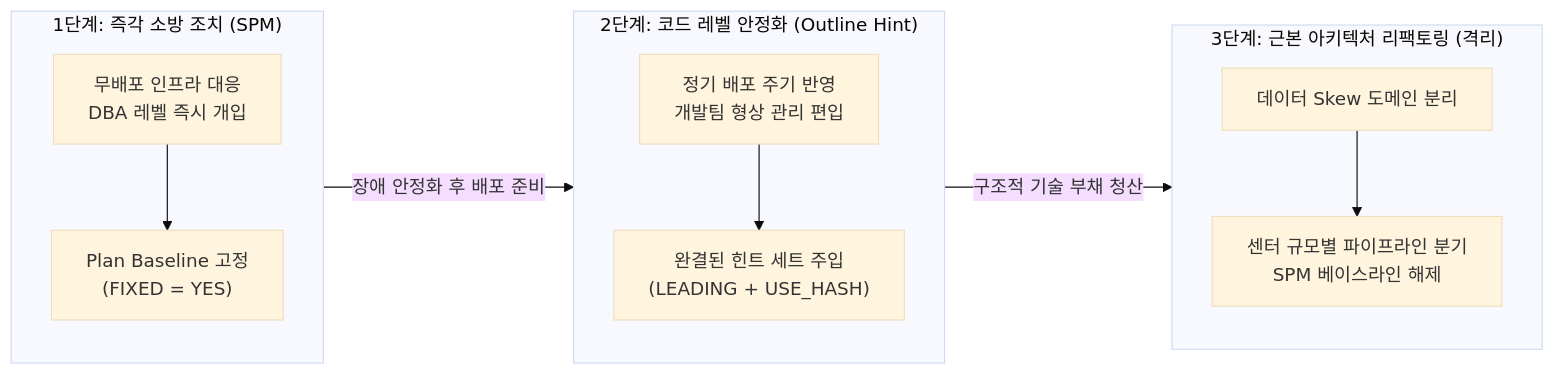
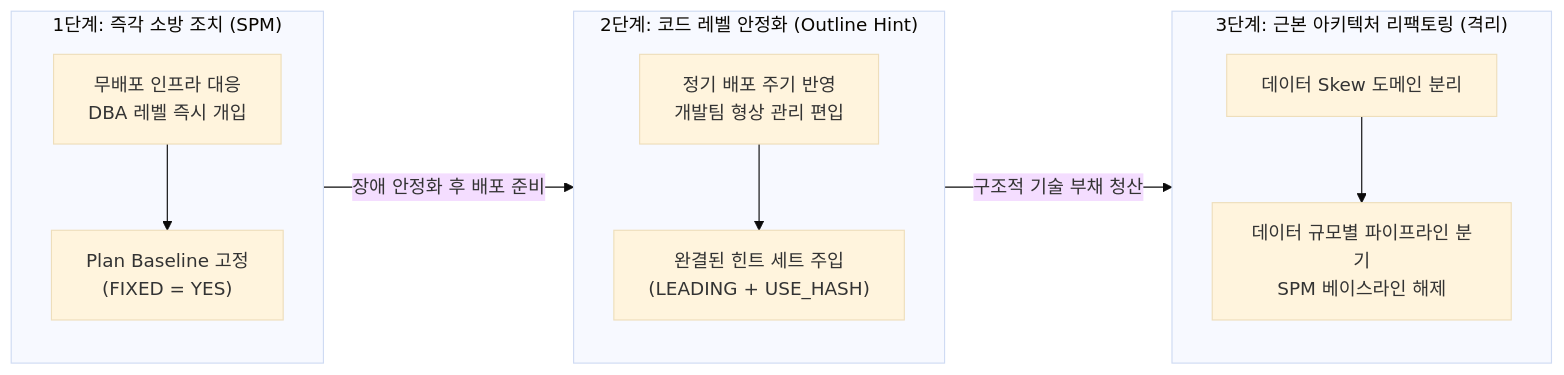
Before and after one commit to djpibo/djpibo.github.io: the fifth of 5 diagrams in docs/dbms/oracle/batch-execution-plan-instability-spm-tuning.md, drawn with Mermaid (base theme). The commit also changed other lines of this file, not shown here.

````diff
--- a/docs/dbms/oracle/batch-execution-plan-instability-spm-tuning.md
+++ b/docs/dbms/oracle/batch-execution-plan-instability-spm-tuning.md
@@ -504,24 +472,24 @@
 ```mermaid
 flowchart LR
 
     subgraph StepA["1단계: 즉각 소방 조치 (SPM)"]
         A1["무배포 인프라 대응<br/>DBA 레벨 즉시 개입"]
         A2["Plan Baseline 고정<br/>(FIXED = YES)"]
         A1 --> A2
     end
 
     subgraph StepB["2단계: 코드 레벨 안정화 (Outline Hint)"]
         B1["정기 배포 주기 반영<br/>개발팀 형상 관리 편입"]
         B2["완결된 힌트 세트 주입<br/>(LEADING + USE_HASH)"]
         B1 --> B2
     end
 
     subgraph StepC["3단계: 근본 아키텍처 리팩토링 (격리)"]
         C1["데이터 Skew 도메인 분리"]
-        C2["센터 규모별 파이프라인 분기<br/>SPM 베이스라인 해제"]
+        C2["데이터 규모별 파이프라인 분기<br/>SPM 베이스라인 해제"]
         C1 --> C2
     end
 
     StepA -->|"장애 안정화 후 배포 준비"| StepB
     StepB -->|"구조적 기술 부채 청산"| StepC
 ```
````
